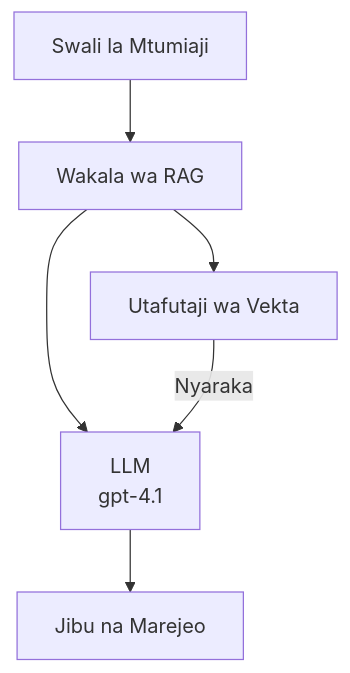
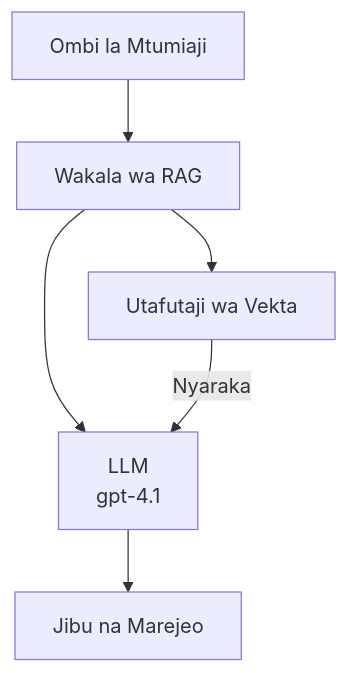
The second of 3 diagrams in translations/sw/docs/chapter-02-ai-development/agents.md (microsoft/AZD-for-beginners), drawn with Mermaid before and after one commit. The commit also changed other lines of this file and 104 other files, not shown here.

````diff
--- a/translations/sw/docs/chapter-02-ai-development/agents.md
+++ b/translations/sw/docs/chapter-02-ai-development/agents.md
@@ -175,8 +181,8 @@
 ```mermaid
 graph TD
-    Query[Swali la Mtumiaji] --> RAG[Wakala wa RAG]
+    Query[Ombi la Mtumiaji] --> RAG[Wakala wa RAG]
     RAG --> Vector[Utafutaji wa Vekta]
     RAG --> LLM[LLM<br/>gpt-4.1]
     Vector -- Nyaraka --> LLM
     LLM --> Response[Jibu na Marejeo]
 ```
````
